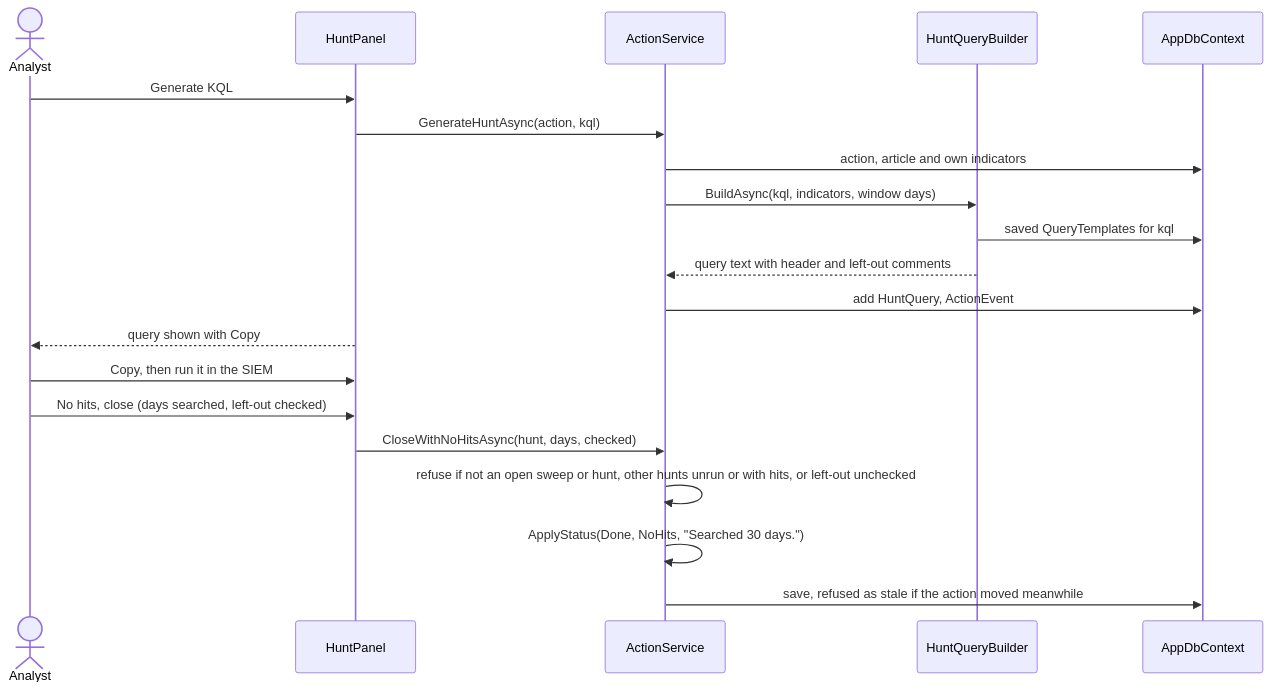
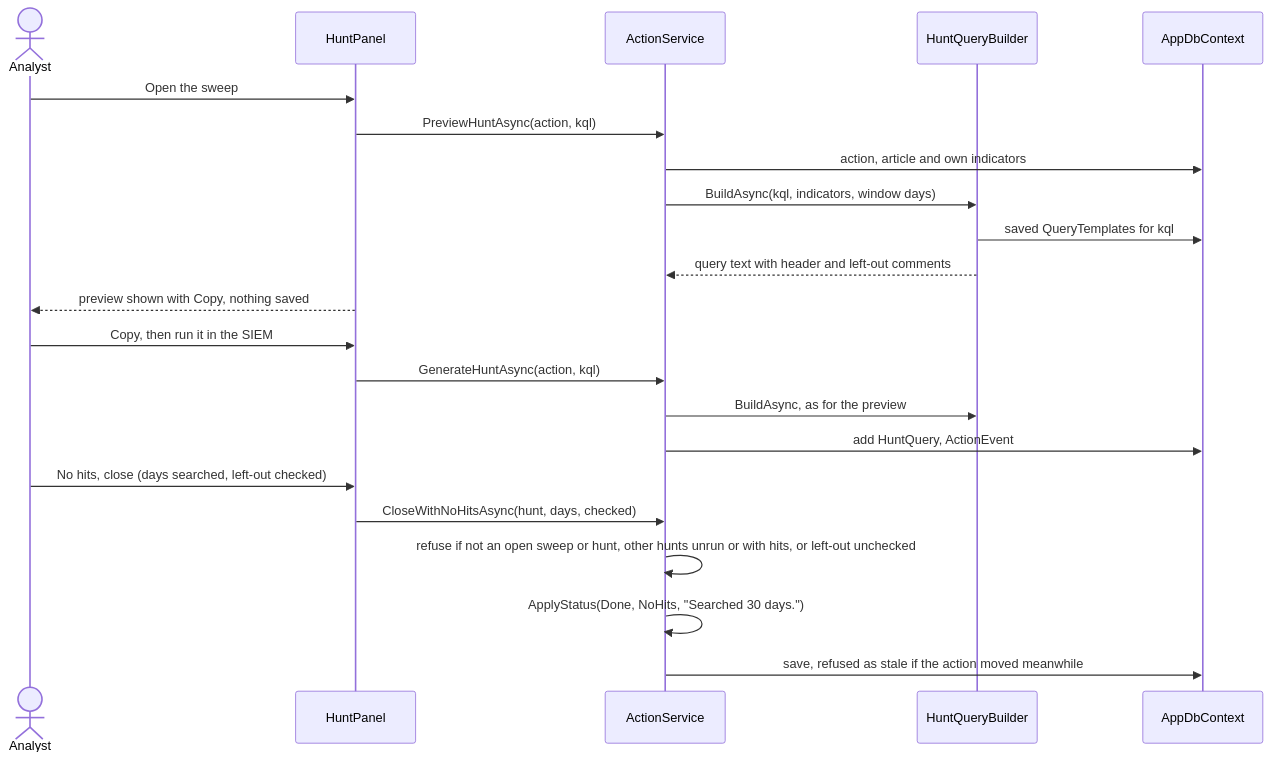
Before and after one commit to jashley92/Tide: the fifth of 7 diagrams in docs/workflows/actions-and-hunting.md, drawn with Mermaid. The commit also changed other lines of this file and 16 other files, not shown here.

First line of the commit message:
Option E 2.6: a sweep's hunt query is previewed when the action opens (#170)

````diff
--- a/docs/workflows/actions-and-hunting.md
+++ b/docs/workflows/actions-and-hunting.md
@@ -423,22 +449,24 @@
 ```mermaid
 sequenceDiagram
     actor A as Analyst
     participant HP as HuntPanel
     participant AS as ActionService
     participant HQ as HuntQueryBuilder
     participant DB as AppDbContext
-    A->>HP: Generate KQL
-    HP->>AS: GenerateHuntAsync(action, kql)
+    A->>HP: Open the sweep
+    HP->>AS: PreviewHuntAsync(action, kql)
     AS->>DB: action, article and own indicators
     AS->>HQ: BuildAsync(kql, indicators, window days)
     HQ->>DB: saved QueryTemplates for kql
     HQ-->>AS: query text with header and left-out comments
+    HP-->>A: preview shown with Copy, nothing saved
+    A->>HP: Copy, then run it in the SIEM
+    HP->>AS: GenerateHuntAsync(action, kql)
+    AS->>HQ: BuildAsync, as for the preview
     AS->>DB: add HuntQuery, ActionEvent
-    HP-->>A: query shown with Copy
-    A->>HP: Copy, then run it in the SIEM
     A->>HP: No hits, close (days searched, left-out checked)
     HP->>AS: CloseWithNoHitsAsync(hunt, days, checked)
     AS->>AS: refuse if not an open sweep or hunt, other hunts unrun or with hits, or left-out unchecked
     AS->>AS: ApplyStatus(Done, NoHits, "Searched 30 days.")
     AS->>DB: save, refused as stale if the action moved meanwhile
 ```
````
